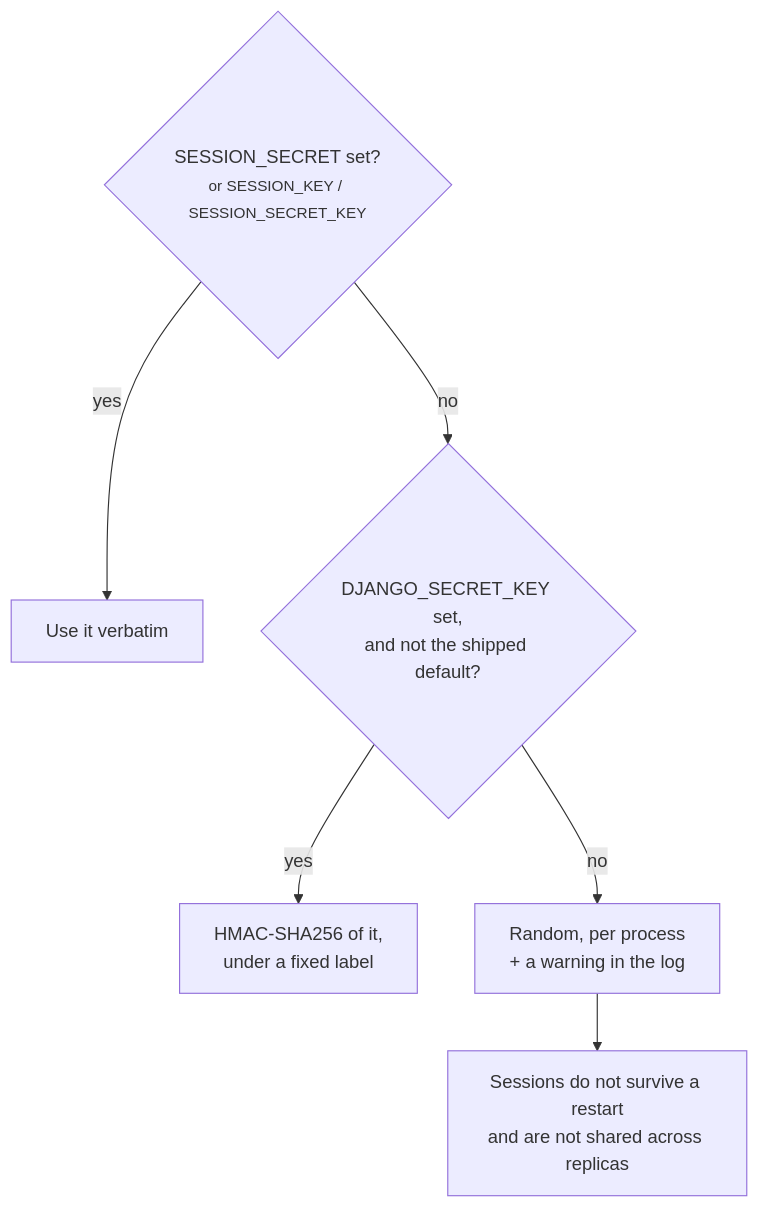
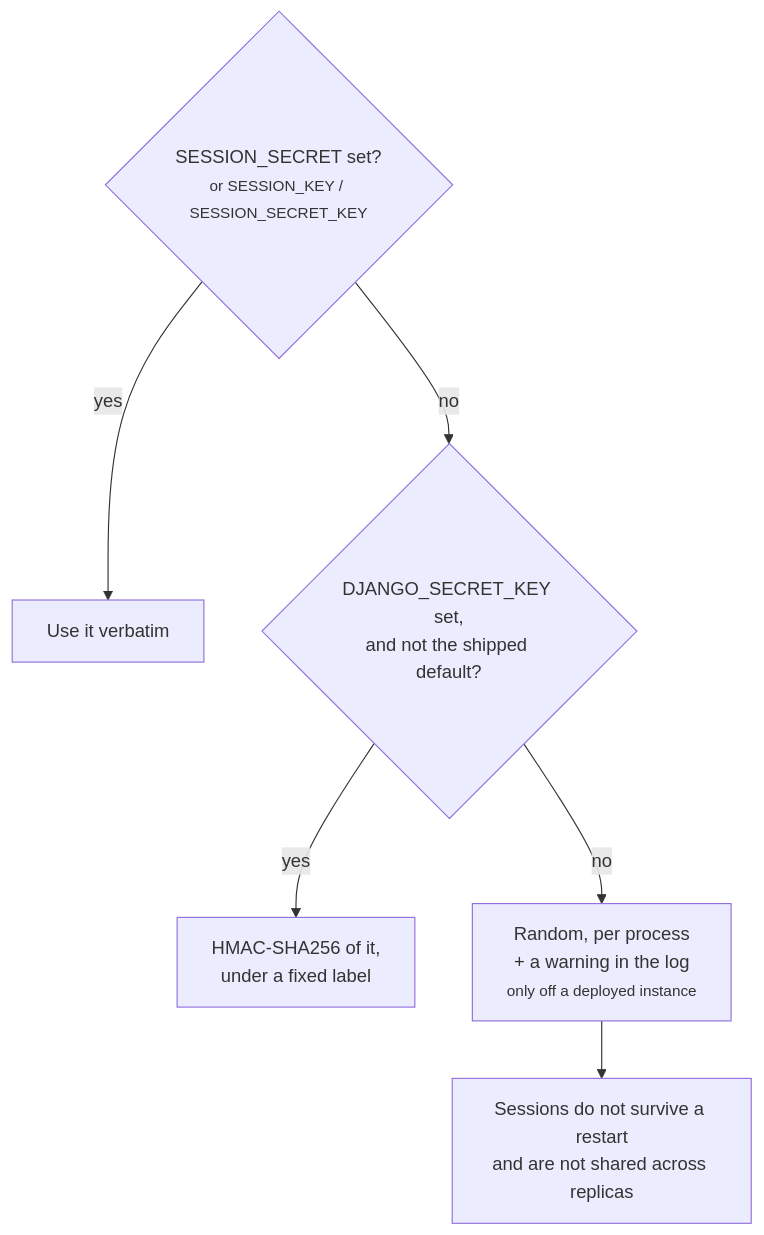
Before and after one commit to ExcellenceCloudGmbH/lex-app-docs: the diagram in content/ship-and-operate/configuration.md, drawn with Mermaid. The commit also changed other lines of this file and 11 other files, not shown here.

First line of the commit message:
docs(ship-and-operate): what upgrading to 2.5 changes, and what a deployed instance needs

````diff
--- a/content/ship-and-operate/configuration.md
+++ b/content/ship-and-operate/configuration.md
@@ -29,8 +31,8 @@
 ```mermaid
 flowchart TB
     A{"SESSION_SECRET set?<br/><small>or SESSION_KEY / SESSION_SECRET_KEY</small>"} -- "yes" --> E["Use it verbatim"]
     A -- "no" --> B{"DJANGO_SECRET_KEY set,<br/>and not the shipped default?"}
     B -- "yes" --> D["HMAC-SHA256 of it,<br/>under a fixed label"]
-    B -- "no" --> R["Random, per process<br/>+ a warning in the log"]
+    B -- "no" --> R["Random, per process<br/>+ a warning in the log<br/><small>only off a deployed instance</small>"]
     R --> W["Sessions do not survive a restart<br/>and are not shared across replicas"]
 ```
````
